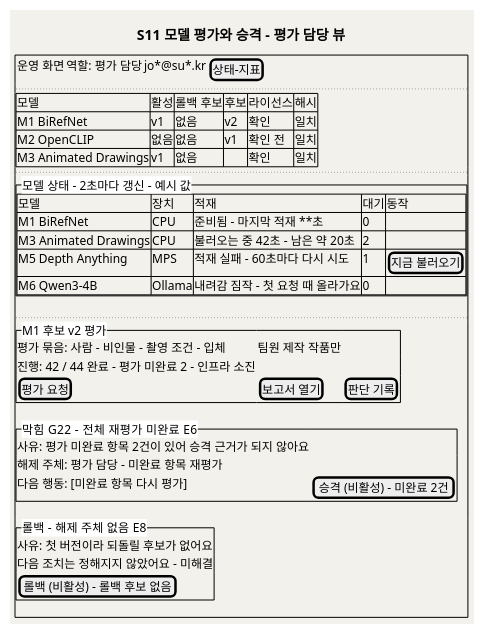
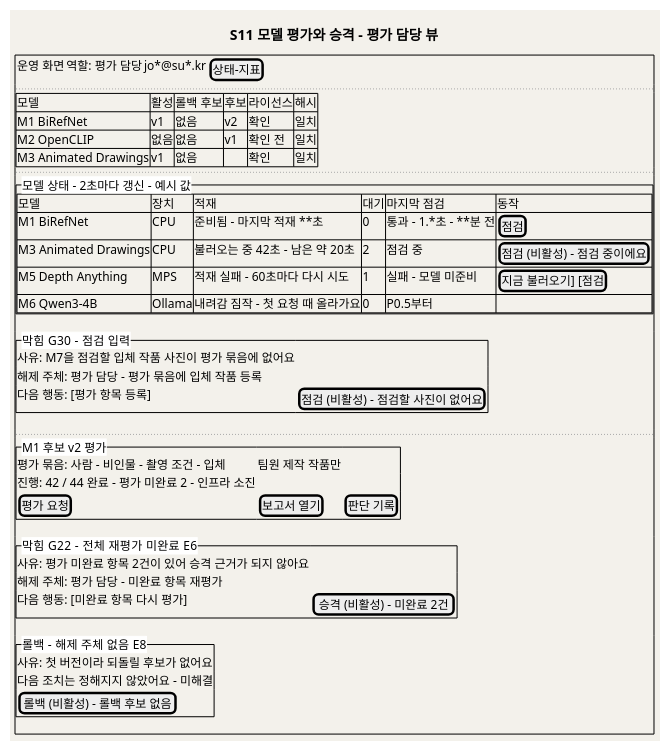
Diagram 22 of 23 in design/SD_02_UIUX설계서_우리아이미술관.md (kids-gallery/uri-gallery), drawn with PlantUML before and after one commit. The commit also changed other lines of this file, not shown here.

Commit message:
D20 SD_02 S11 모델 점검 — 점검 버튼·마지막 점검 열·G30 차단 블록·역할별 메뉴 표·§16 G30(게이트 31개) (d2ebfb6 짝)

````diff
--- a/design/SD_02_UIUX설계서_우리아이미술관.md
+++ b/design/SD_02_UIUX설계서_우리아이미술관.md
@@ -1346,41 +1348,46 @@
 ```plantuml
 @startuml
 skinparam backgroundColor #F3F1EB
 title S11 모델 평가와 승격 - 평가 담당 뷰
 salt
 {+
 { 운영 화면 | 역할: 평가 담당 | jo*@su*.kr | [상태-지표] }
 ..
 {# 모델 | 활성 | 롤백 후보 | 후보 | 라이선스 | 해시
   M1 BiRefNet | v1 | 없음 | v2 | 확인 | 일치
   M2 OpenCLIP | 없음 | 없음 | v1 | 확인 전 | 일치
   M3 Animated Drawings | v1 | 없음 | . | 확인 | 일치
 }
 ..
 {^"모델 상태 - 2초마다 갱신 - 예시 값"
-{# 모델 | 장치 | 적재 | 대기 | 동작
-  M1 BiRefNet | CPU | 준비됨 - 마지막 적재 **초 | 0 | .
-  M3 Animated Drawings | CPU | 불러오는 중 42초 - 남은 약 20초 | 2 | .
-  M5 Depth Anything | MPS | 적재 실패 - 60초마다 다시 시도 | 1 | [지금 불러오기]
-  M6 Qwen3-4B | Ollama | 내려감 짐작 - 첫 요청 때 올라가요 | 0 | .
+{# 모델 | 장치 | 적재 | 대기 | 마지막 점검 | 동작
+  M1 BiRefNet | CPU | 준비됨 - 마지막 적재 **초 | 0 | 통과 - 1.*초 - **분 전 | [점검]
+  M3 Animated Drawings | CPU | 불러오는 중 42초 - 남은 약 20초 | 2 | 점검 중 | [점검 (비활성) - 점검 중이에요]
+  M5 Depth Anything | MPS | 적재 실패 - 60초마다 다시 시도 | 1 | 실패 - 모델 미준비 | [지금 불러오기] [점검]
+  M6 Qwen3-4B | Ollama | 내려감 짐작 - 첫 요청 때 올라가요 | 0 | P0.5부터 | .
 }
+}
+{^"막힘  G30 - 점검 입력"
+  사유: M7을 점검할 입체 작품 사진이 평가 묶음에 없어요
+  해제 주체: 평가 담당 - 평가 묶음에 입체 작품 등록
+  다음 행동: [평가 항목 등록] | [점검 (비활성) - 점검할 사진이 없어요]
 }
 ..
 {^"M1 후보 v2 평가"
   평가 묶음: 사람 - 비인물 - 촬영 조건 - 입체 | 팀원 제작 작품만
   진행: 42 / 44 완료 - 평가 미완료 2 - 인프라 소진
   [평가 요청] | [보고서 열기] | [판단 기록]
 }
 {^"막힘  G22 - 전체 재평가 미완료  E6"
   사유: 평가 미완료 항목 2건이 있어 승격 근거가 되지 않아요
   해제 주체: 평가 담당 - 미완료 항목 재평가
   다음 행동: [미완료 항목 다시 평가] | [승격 (비활성) - 미완료 2건]
 }
 {^"롤백 - 해제 주체 없음  E8"
   사유: 첫 버전이라 되돌릴 후보가 없어요
   다음 조치는 정해지지 않았어요 - 미해결
   [롤백 (비활성) - 롤백 후보 없음]
 }
 }
 @enduml
 ```
````
